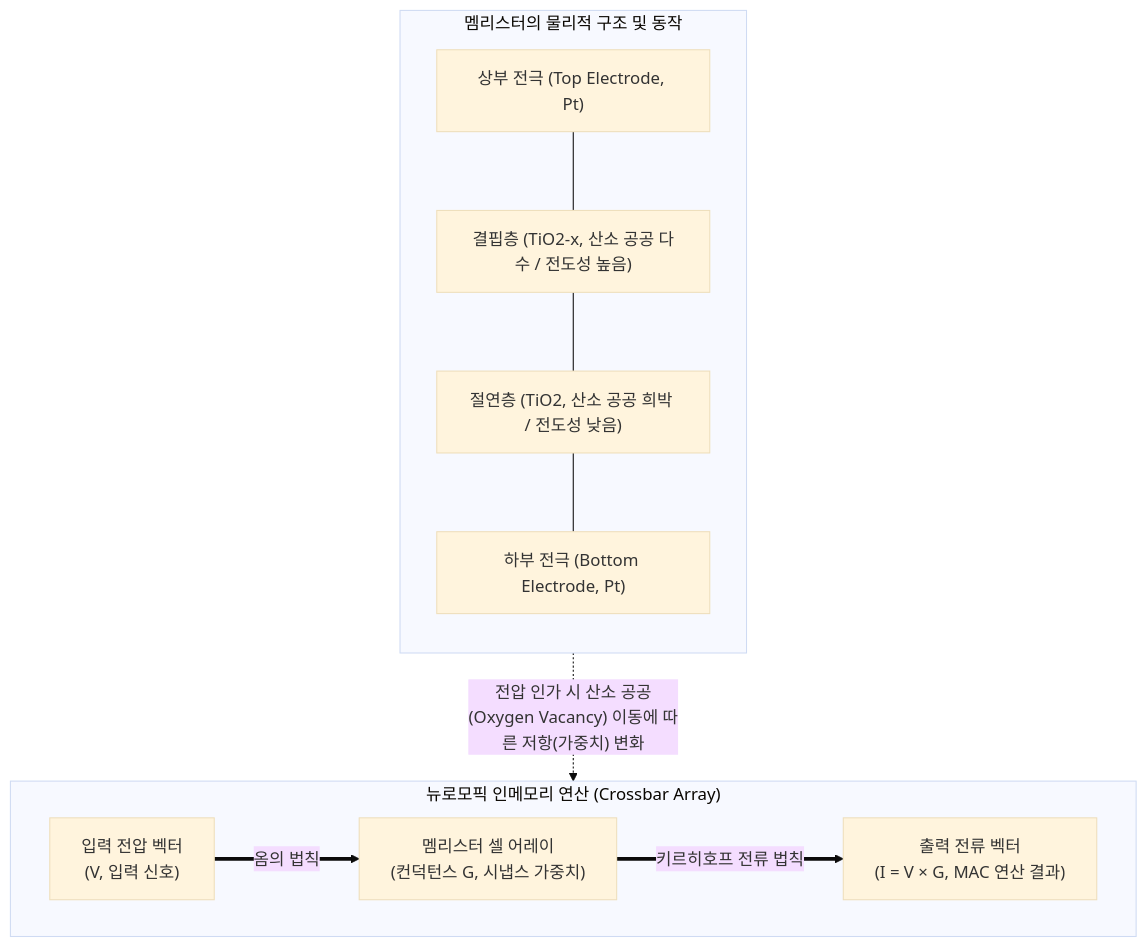
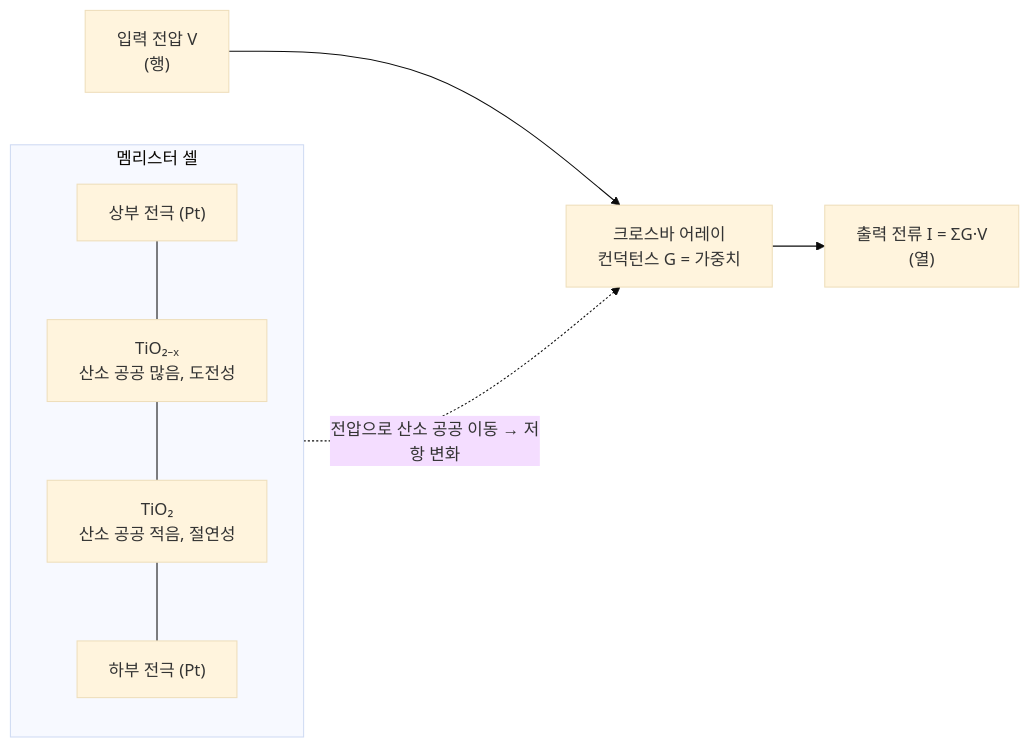
One commit to supremethumb/supremethumb.github.io changed the diagram in content/01_IT Tech/멤리스터.md. Above: the diagram before and after it, drawn with Mermaid (base theme). The commit also changed other lines of this file and 1087 other files, not shown here.

````diff
--- a/content/01_IT Tech/멤리스터.md
+++ b/content/01_IT Tech/멤리스터.md
@@ -26,27 +34,12 @@
 ```mermaid
-flowchart TB
-    subgraph Physical_Structure["멤리스터의 물리적 구조 및 동작"]
+flowchart LR
+    subgraph CELL["멤리스터 셀"]
         direction TB
-        TE["상부 전극 (Top Electrode, Pt)"]
-        TIO2_DEF["결핍층 (TiO2-x, 산소 공공 다수 / 전도성 높음)"]
-        TIO2_ISO["절연층 (TiO2, 산소 공공 희박 / 전도성 낮음)"]
-        BE["하부 전극 (Bottom Electrode, Pt)"]
-
-        TE --- TIO2_DEF
-        TIO2_DEF --- TIO2_ISO
-        TIO2_ISO --- BE
+        TE["상부 전극 (Pt)"] --- L1["TiO₂₋ₓ<br/>산소 공공 많음, 도전성"]
+        L1 --- L2["TiO₂<br/>산소 공공 적음, 절연성"]
+        L2 --- BE["하부 전극 (Pt)"]
     end
-
-    subgraph Synapse_Application["뉴로모픽 인메모리 연산 (Crossbar Array)"]
-        direction LR
-        V_IN["입력 전압 벡터<br/>(V, 입력 신호)"]
-        M_CELL["멤리스터 셀 어레이<br/>(컨덕턴스 G, 시냅스 가중치)"]
-        I_OUT["출력 전류 벡터<br/>(I = V × G, MAC 연산 결과)"]
-
-        V_IN ==>|"옴의 법칙"| M_CELL
-        M_CELL ==>|"키르히호프 전류 법칙"| I_OUT
-    end
-
-    Physical_Structure -. "전압 인가 시 산소 공공(Oxygen Vacancy) 이동에 따른 저항(가중치) 변화" .-> Synapse_Application
-
+    V["입력 전압 V<br/>(행)"] --> XB["크로스바 어레이<br/>컨덕턴스 G = 가중치"]
+    XB --> I["출력 전류 I = ΣG·V<br/>(열)"]
+    CELL -. "전압으로 산소 공공 이동 → 저항 변화" .-> XB
 ```
````
